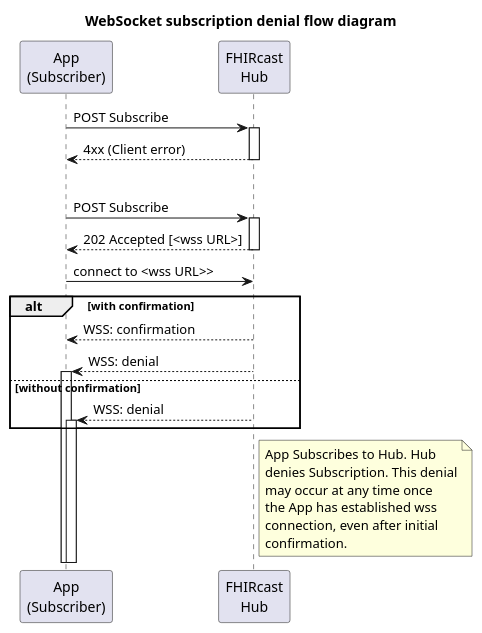
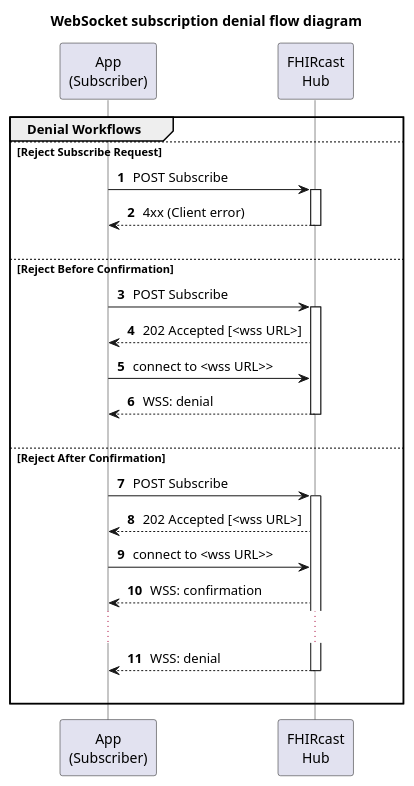
One commit to HL7/fhircast-docs changed the diagram in input/images-source/DeniedSubscriptionSequence.plantuml. Above: the diagram before and after it, drawn with PlantUML. The commit also changed 3 other files, not shown here.

Commit message:
FHIR-37285 - Clarifications on workflow diagrams

```diff
--- a/input/images-source/DeniedSubscriptionSequence.plantuml
+++ b/input/images-source/DeniedSubscriptionSequence.plantuml
@@ -1,30 +1,47 @@
 @startuml
+
+skinparam NoteTextAlignment left
+skinparam Padding 2
+skinparam ParticipantPadding 40
+skinparam LifelineStrategy solid
 
 title WebSocket subscription denial flow diagram
 
 participant "App\n(Subscriber)" as Subscriber
 participant "FHIRcast\nHub" as Hub
 
-Subscriber -> Hub++: POST Subscribe
-Subscriber <-- Hub--: 4xx (Client error)
-alt with asynchronous denial
-Subscriber -> Hub++: POST Subscribe
-Subscriber <-- Hub--: 202 Accepted [<wss URL>]
-Subscriber -> Hub: connect to <wss URL>>
-alt with confirmation
-Subscriber <-- Hub: WSS: confirmation
-Hub --> Subscriber++: WSS: denial
-else without confirmation
-Hub --> Subscriber++: WSS: denial
+autonumber
+
+group Denial Workflows
+else Reject Subscribe Request
+  Subscriber -> Hub++: POST Subscribe
+  Subscriber <-- Hub--: 4xx (Client error)
+  |||
+
+else Reject Before Confirmation
+  Subscriber -> Hub++: POST Subscribe
+  Subscriber <-- Hub: 202 Accepted [<wss URL>]
+  Subscriber -> Hub: connect to <wss URL>>
+  Subscriber <-- Hub--: WSS: denial
+  |||
+
+else Reject After Confirmation
+  Subscriber -> Hub++: POST Subscribe
+  Subscriber <-- Hub: 202 Accepted [<wss URL>]
+  Subscriber -> Hub: connect to <wss URL>>
+  Subscriber <-- Hub: WSS: confirmation
+  ...
+  Subscriber <-- Hub--: WSS: denial
+  |||
 end
 
-note right of Hub
-    App Subscribes to Hub. Hub 
-    denies Subscription. This denial
-    may occur at any time once
-    the App has established wss
-    connection, even after initial 
-    confirmation.
-end note
+' note right of Subscriber
+'     App Subscribes to Hub. Hub 
+'     denies Subscription. This denial
+'     may occur at any time once
+'     the App has established wss
+'     connection, even after initial 
+'     confirmation.
+' end note
 
 @enduml
```
